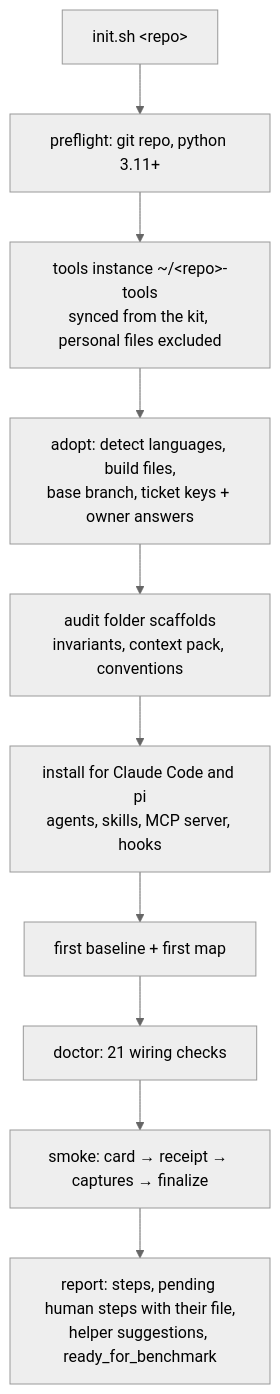
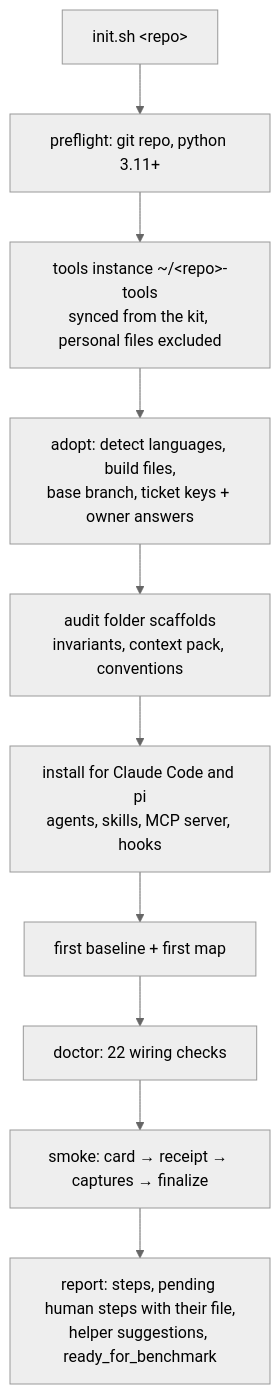
One commit to jcellomarcano/work-methodology changed the second of 3 diagrams in README.md. Above: the diagram before and after it, drawn with Mermaid (neutral theme). The commit also changed other lines of this file and 14 other files, not shown here.

````diff
--- a/README.md
+++ b/README.md
@@ -117,12 +117,12 @@
 ```mermaid
 flowchart TD
     I["init.sh &lt;repo&gt;"] --> P["preflight: git repo, python 3.11+"]
     P --> N["tools instance ~/&lt;repo&gt;-tools<br/>synced from the kit, personal files excluded"]
     N --> D["adopt: detect languages, build files,<br/>base branch, ticket keys + owner answers"]
     D --> SC["audit folder scaffolds<br/>invariants, context pack, conventions"]
     SC --> IN["install for Claude Code and pi<br/>agents, skills, MCP server, hooks"]
     IN --> B["first baseline + first map"]
-    B --> DR["doctor: 21 wiring checks"]
+    B --> DR["doctor: 22 wiring checks"]
     DR --> SM["smoke: card → receipt → captures → finalize"]
     SM --> R["report: steps, pending human steps with their file,<br/>helper suggestions, ready_for_benchmark"]
 ```
````
